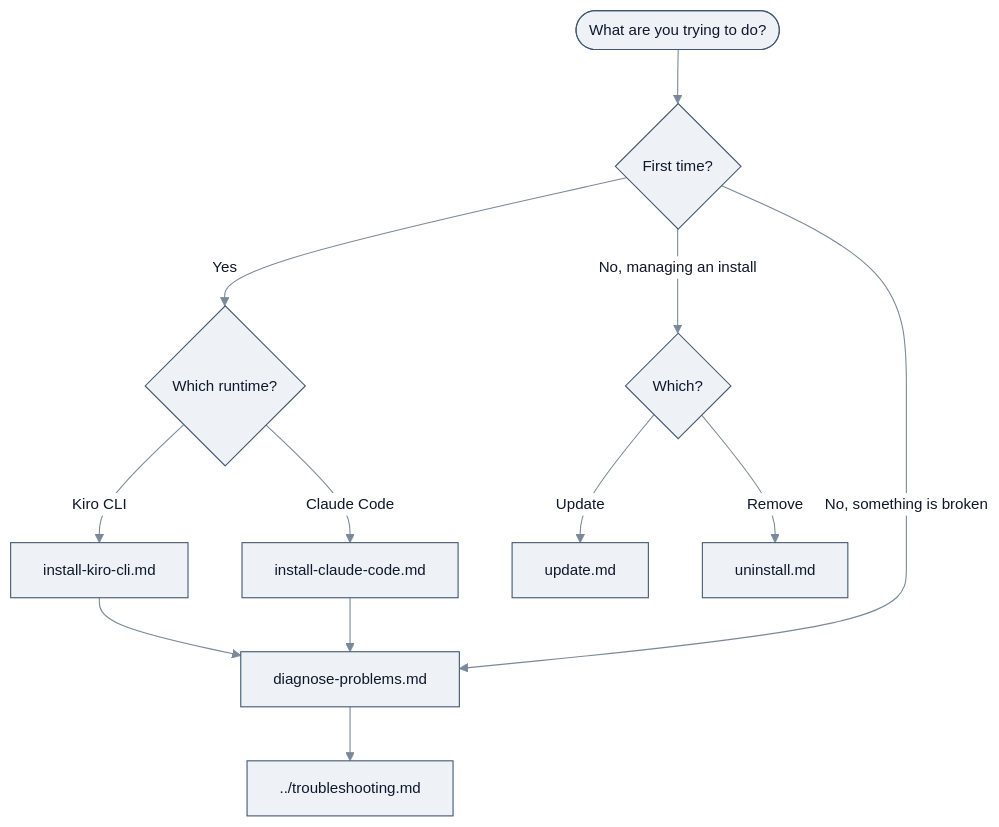
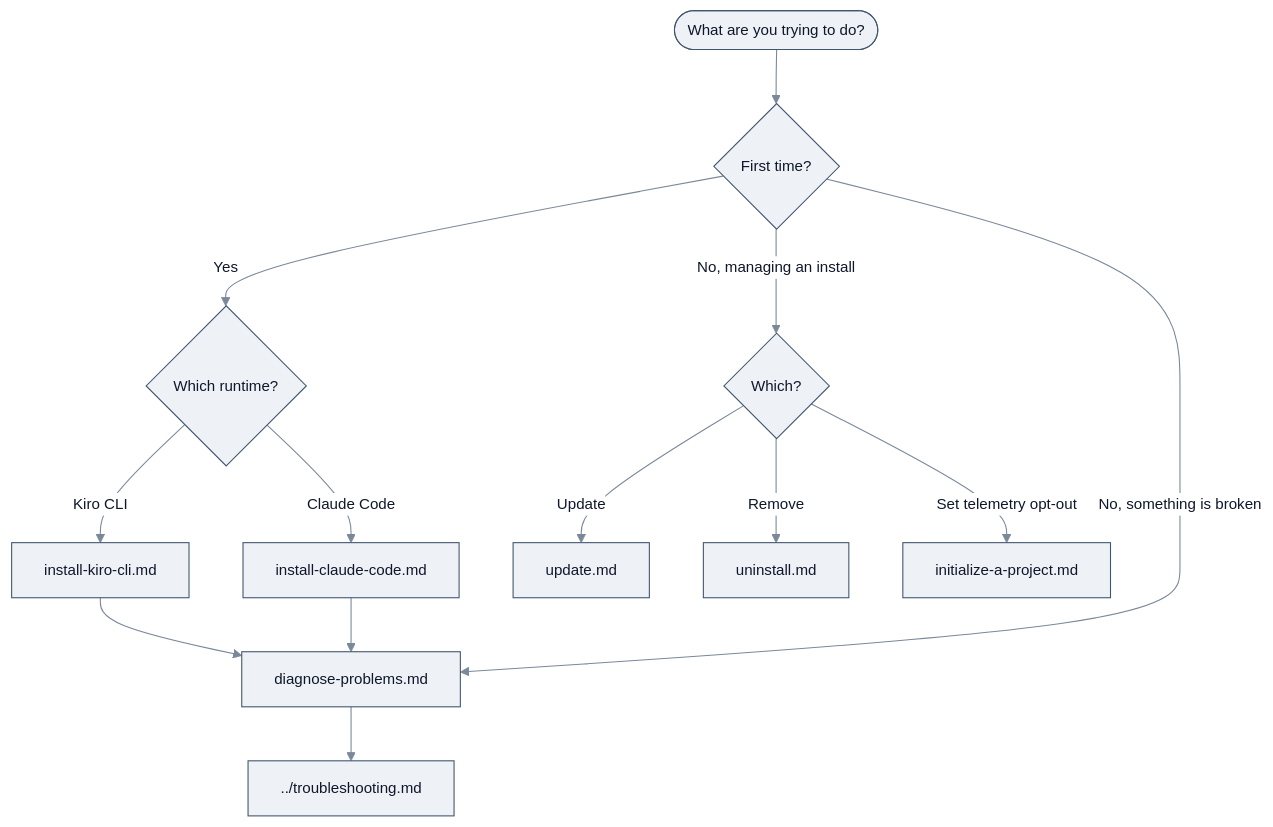
Before and after one commit to aws-solutions/konductor: the diagram in docs/user-guide/tasks/README.md, drawn with Mermaid. The commit also changed other lines of this file and 19 other files, not shown here.

````diff
--- a/docs/user-guide/tasks/README.md
+++ b/docs/user-guide/tasks/README.md
@@ -26,20 +27,21 @@
 ```mermaid
 %%{init:{'theme':'base','themeVariables':{'fontSize':'14px','primaryColor':'#eef2f7','primaryTextColor':'#0f172a','primaryBorderColor':'#40556e','lineColor':'#7a8899','textColor':'#0f172a','edgeLabelBackground':'#ffffff','clusterBkg':'#fafbfc','clusterBorder':'#c9d2dc'}}}%%
 flowchart TD
     Start([What are you trying to do?])
 
     Start --> A{First time?}
 
     A -->|Yes| B{Which runtime?}
     B -->|Kiro CLI| K["install-kiro-cli.md"]
     B -->|Claude Code| C["install-claude-code.md"]
     K --> H["diagnose-problems.md"]
     C --> H
 
     A -->|"No, something is broken"| H
     H --> I["../troubleshooting.md"]
 
     A -->|"No, managing an install"| J{Which?}
     J -->|Update| L["update.md"]
     J -->|Remove| M["uninstall.md"]
+    J -->|"Set telemetry opt-out"| N["initialize-a-project.md"]
 ```
````
